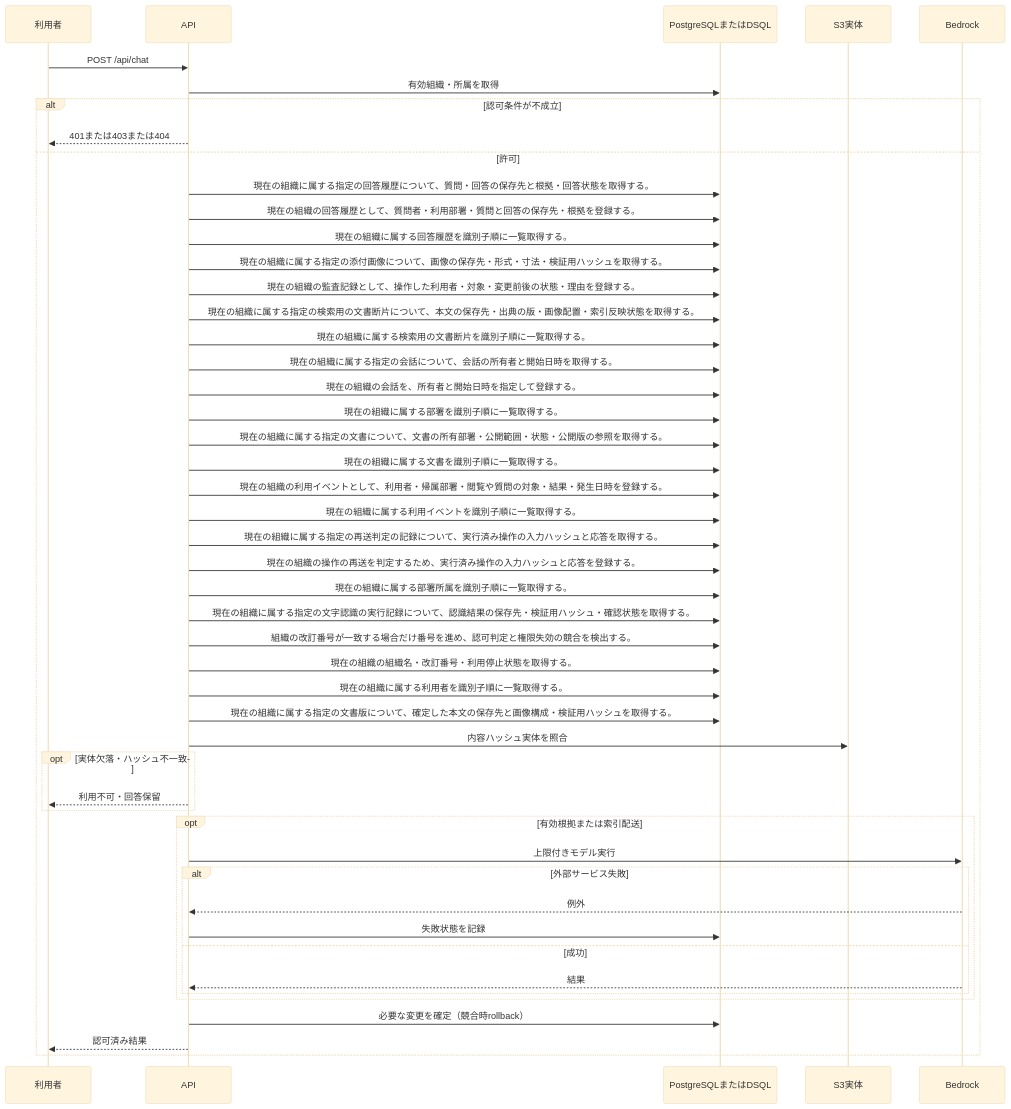
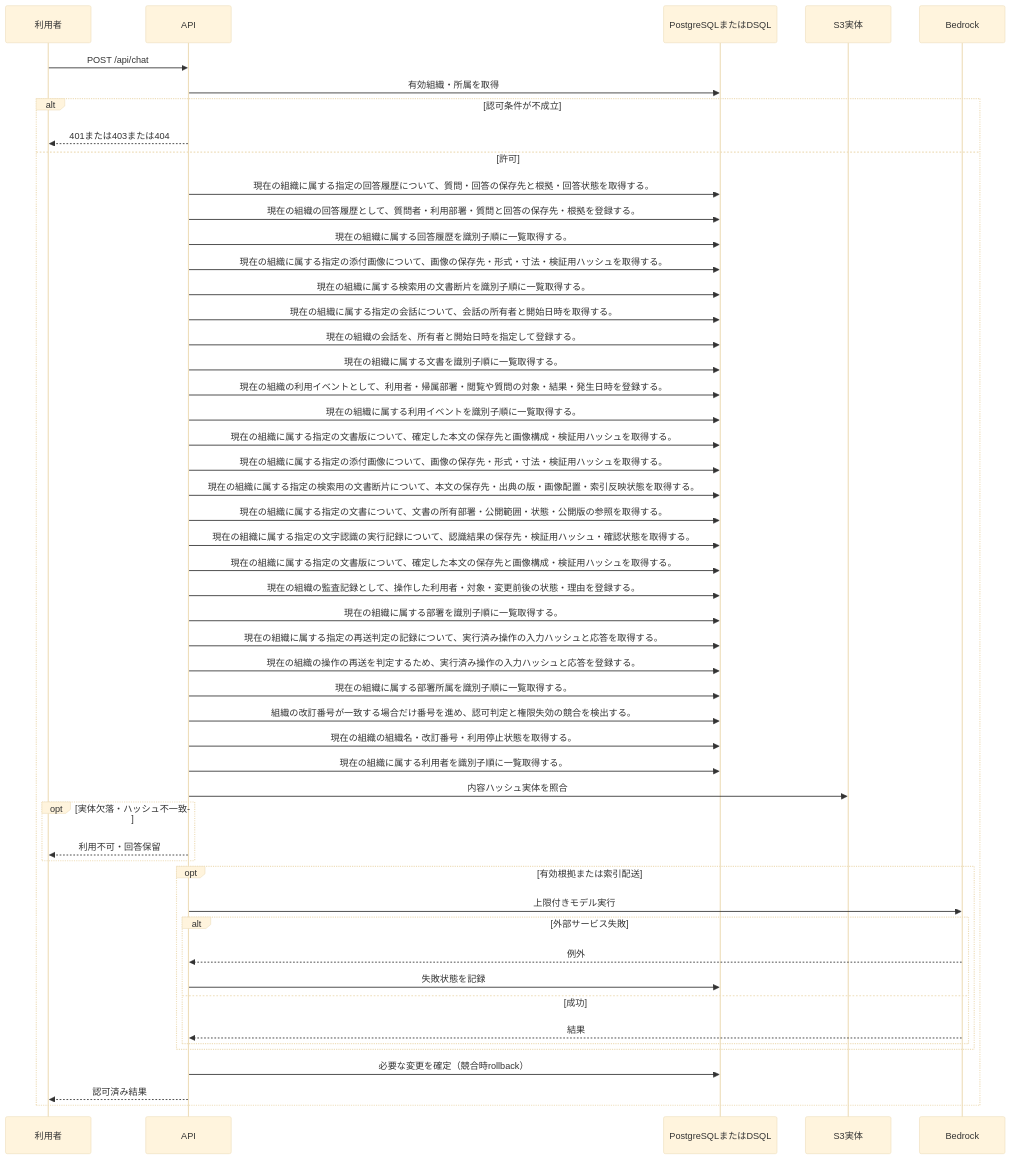
One commit to tsuji-tomonori/KotoRelay changed the diagram in docs/design/generated/api/chat/ask_question/sequence.md. Above: the diagram before and after it, drawn with Mermaid (base theme). The commit also changed other lines of this file and 628 other files, not shown here.

````diff
--- a/docs/design/generated/api/chat/ask_question/sequence.md
+++ b/docs/design/generated/api/chat/ask_question/sequence.md
@@ -7,51 +7,53 @@
 ```mermaid
 sequenceDiagram
     participant U as 利用者
     participant A as API
     participant D as PostgreSQLまたはDSQL
     participant S as S3実体
     participant M as Bedrock
     U->>A: POST /api/chat
     A->>D: 有効組織・所属を取得
     alt 認可条件が不成立
         A-->>U: 401または403または404
     else 許可
         A->>D: 現在の組織に属する指定の回答履歴について、質問・回答の保存先と根拠・回答状態を取得する。
         A->>D: 現在の組織の回答履歴として、質問者・利用部署・質問と回答の保存先・根拠を登録する。
         A->>D: 現在の組織に属する回答履歴を識別子順に一覧取得する。
         A->>D: 現在の組織に属する指定の添付画像について、画像の保存先・形式・寸法・検証用ハッシュを取得する。
-        A->>D: 現在の組織の監査記録として、操作した利用者・対象・変更前後の状態・理由を登録する。
-        A->>D: 現在の組織に属する指定の検索用の文書断片について、本文の保存先・出典の版・画像配置・索引反映状態を取得する。
         A->>D: 現在の組織に属する検索用の文書断片を識別子順に一覧取得する。
         A->>D: 現在の組織に属する指定の会話について、会話の所有者と開始日時を取得する。
         A->>D: 現在の組織の会話を、所有者と開始日時を指定して登録する。
-        A->>D: 現在の組織に属する部署を識別子順に一覧取得する。
-        A->>D: 現在の組織に属する指定の文書について、文書の所有部署・公開範囲・状態・公開版の参照を取得する。
         A->>D: 現在の組織に属する文書を識別子順に一覧取得する。
         A->>D: 現在の組織の利用イベントとして、利用者・帰属部署・閲覧や質問の対象・結果・発生日時を登録する。
         A->>D: 現在の組織に属する利用イベントを識別子順に一覧取得する。
+        A->>D: 現在の組織に属する指定の文書版について、確定した本文の保存先と画像構成・検証用ハッシュを取得する。
+        A->>D: 現在の組織に属する指定の添付画像について、画像の保存先・形式・寸法・検証用ハッシュを取得する。
+        A->>D: 現在の組織に属する指定の検索用の文書断片について、本文の保存先・出典の版・画像配置・索引反映状態を取得する。
+        A->>D: 現在の組織に属する指定の文書について、文書の所有部署・公開範囲・状態・公開版の参照を取得する。
+        A->>D: 現在の組織に属する指定の文字認識の実行記録について、認識結果の保存先・検証用ハッシュ・確認状態を取得する。
+        A->>D: 現在の組織に属する指定の文書版について、確定した本文の保存先と画像構成・検証用ハッシュを取得する。
+        A->>D: 現在の組織の監査記録として、操作した利用者・対象・変更前後の状態・理由を登録する。
+        A->>D: 現在の組織に属する部署を識別子順に一覧取得する。
         A->>D: 現在の組織に属する指定の再送判定の記録について、実行済み操作の入力ハッシュと応答を取得する。
         A->>D: 現在の組織の操作の再送を判定するため、実行済み操作の入力ハッシュと応答を登録する。
         A->>D: 現在の組織に属する部署所属を識別子順に一覧取得する。
-        A->>D: 現在の組織に属する指定の文字認識の実行記録について、認識結果の保存先・検証用ハッシュ・確認状態を取得する。
         A->>D: 組織の改訂番号が一致する場合だけ番号を進め、認可判定と権限失効の競合を検出する。
         A->>D: 現在の組織の組織名・改訂番号・利用停止状態を取得する。
         A->>D: 現在の組織に属する利用者を識別子順に一覧取得する。
-        A->>D: 現在の組織に属する指定の文書版について、確定した本文の保存先と画像構成・検証用ハッシュを取得する。
         A->>S: 内容ハッシュ実体を照合
         opt 実体欠落・ハッシュ不一致
             A-->>U: 利用不可・回答保留
         end
         opt 有効根拠または索引配送
             A->>M: 上限付きモデル実行
             alt 外部サービス失敗
                 M-->>A: 例外
                 A->>D: 失敗状態を記録
             else 成功
                 M-->>A: 結果
             end
         end
         A->>D: 必要な変更を確定（競合時rollback）
         A-->>U: 認可済み結果
     end
 ```
````
